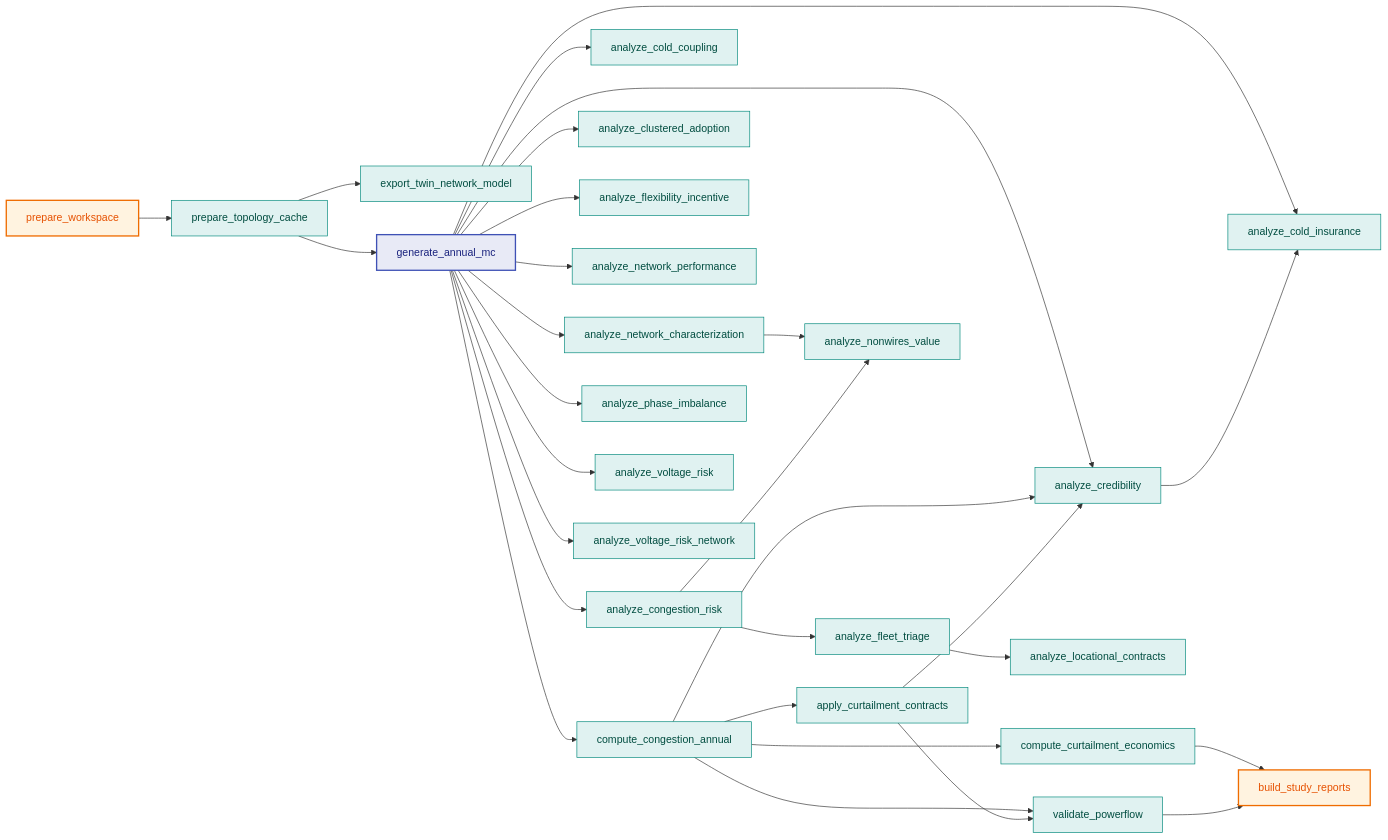
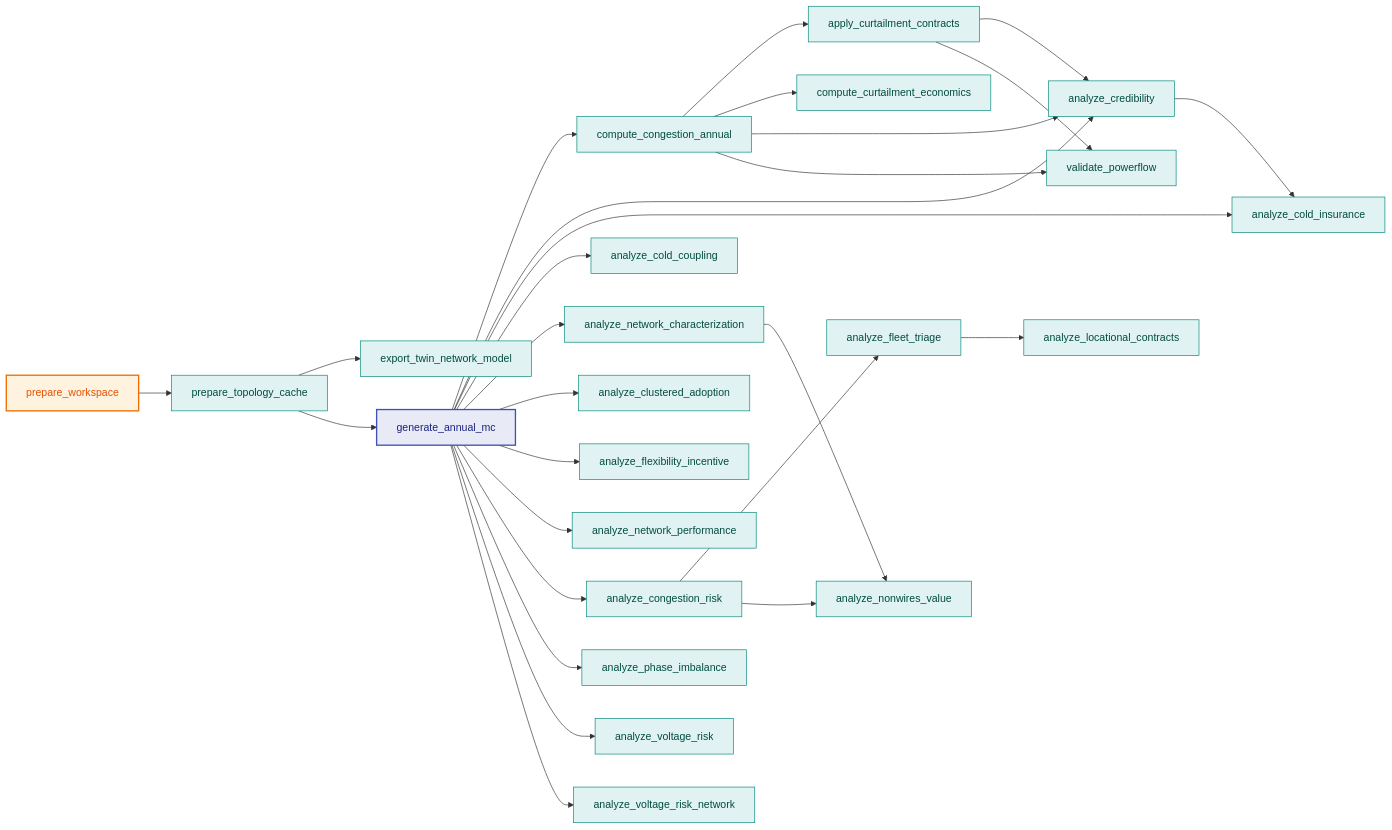
One commit to lirei-lab/gridalyn changed the diagram in docs/reference/workflow-yaml.md. Above: the diagram before and after it, drawn with Mermaid. The commit also changed 8 other files, not shown here.

````diff
--- a/docs/reference/workflow-yaml.md
+++ b/docs/reference/workflow-yaml.md
@@ -98,62 +98,59 @@
 ```mermaid
 flowchart LR
     prepare_workspace["prepare_workspace"]
     prepare_topology_cache["prepare_topology_cache"]
     export_twin_network_model["export_twin_network_model"]
     generate_annual_mc["generate_annual_mc"]
     compute_congestion_annual["compute_congestion_annual"]
     apply_curtailment_contracts["apply_curtailment_contracts"]
     compute_curtailment_economics["compute_curtailment_economics"]
     analyze_credibility["analyze_credibility"]
     analyze_cold_insurance["analyze_cold_insurance"]
     analyze_cold_coupling["analyze_cold_coupling"]
     analyze_network_characterization["analyze_network_characterization"]
     analyze_clustered_adoption["analyze_clustered_adoption"]
     analyze_flexibility_incentive["analyze_flexibility_incentive"]
     analyze_network_performance["analyze_network_performance"]
     analyze_congestion_risk["analyze_congestion_risk"]
     analyze_fleet_triage["analyze_fleet_triage"]
     analyze_locational_contracts["analyze_locational_contracts"]
     analyze_nonwires_value["analyze_nonwires_value"]
     analyze_phase_imbalance["analyze_phase_imbalance"]
     analyze_voltage_risk["analyze_voltage_risk"]
     analyze_voltage_risk_network["analyze_voltage_risk_network"]
     validate_powerflow["validate_powerflow"]
-    build_study_reports["build_study_reports"]
 
     prepare_workspace --> prepare_topology_cache
     prepare_topology_cache --> export_twin_network_model
     prepare_topology_cache --> generate_annual_mc
     generate_annual_mc --> compute_congestion_annual
     compute_congestion_annual --> apply_curtailment_contracts
     compute_congestion_annual --> compute_curtailment_economics
     generate_annual_mc --> analyze_credibility
     compute_congestion_annual --> analyze_credibility
     apply_curtailment_contracts --> analyze_credibility
     generate_annual_mc --> analyze_cold_insurance
     analyze_credibility --> analyze_cold_insurance
     generate_annual_mc --> analyze_cold_coupling
     generate_annual_mc --> analyze_network_characterization
     generate_annual_mc --> analyze_clustered_adoption
     generate_annual_mc --> analyze_flexibility_incentive
     generate_annual_mc --> analyze_network_performance
     generate_annual_mc --> analyze_congestion_risk
     analyze_congestion_risk --> analyze_fleet_triage
     analyze_fleet_triage --> analyze_locational_contracts
     analyze_network_characterization --> analyze_nonwires_value
     analyze_congestion_risk --> analyze_nonwires_value
     generate_annual_mc --> analyze_phase_imbalance
     generate_annual_mc --> analyze_voltage_risk
     generate_annual_mc --> analyze_voltage_risk_network
     compute_congestion_annual --> validate_powerflow
     apply_curtailment_contracts --> validate_powerflow
-    compute_curtailment_economics --> build_study_reports
-    validate_powerflow --> build_study_reports
 
     classDef entry fill:#fff3e0,stroke:#ef6c00,color:#e65100,stroke-width:2px
     classDef hub fill:#e8eaf6,stroke:#3f51b5,color:#1a237e,stroke-width:2px
     classDef step fill:#e0f2f1,stroke:#00897b,color:#004d40
-    class prepare_workspace,build_study_reports entry
+    class prepare_workspace entry
     class generate_annual_mc hub
     class prepare_topology_cache,export_twin_network_model,compute_congestion_annual,apply_curtailment_contracts,compute_curtailment_economics,analyze_credibility,analyze_cold_insurance,analyze_cold_coupling,analyze_network_characterization,analyze_clustered_adoption,analyze_flexibility_incentive,analyze_network_performance,analyze_congestion_risk,analyze_fleet_triage,analyze_locational_contracts,analyze_nonwires_value,analyze_phase_imbalance,analyze_voltage_risk,analyze_voltage_risk_network,validate_powerflow step
 ```
````
